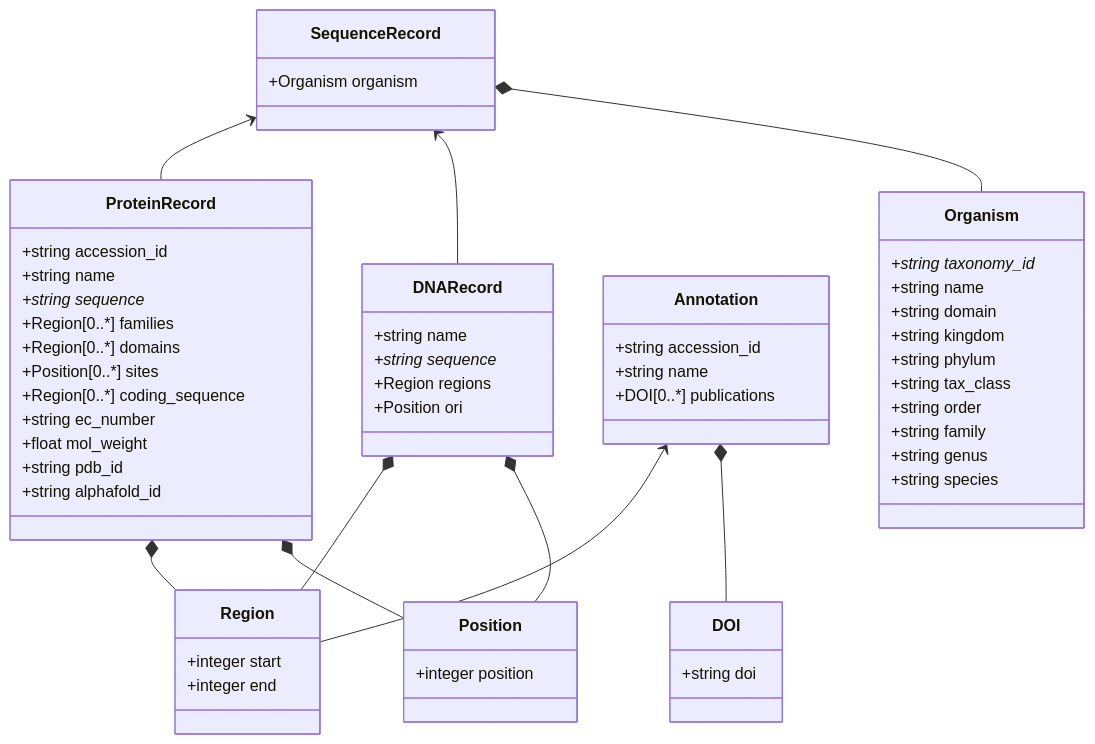
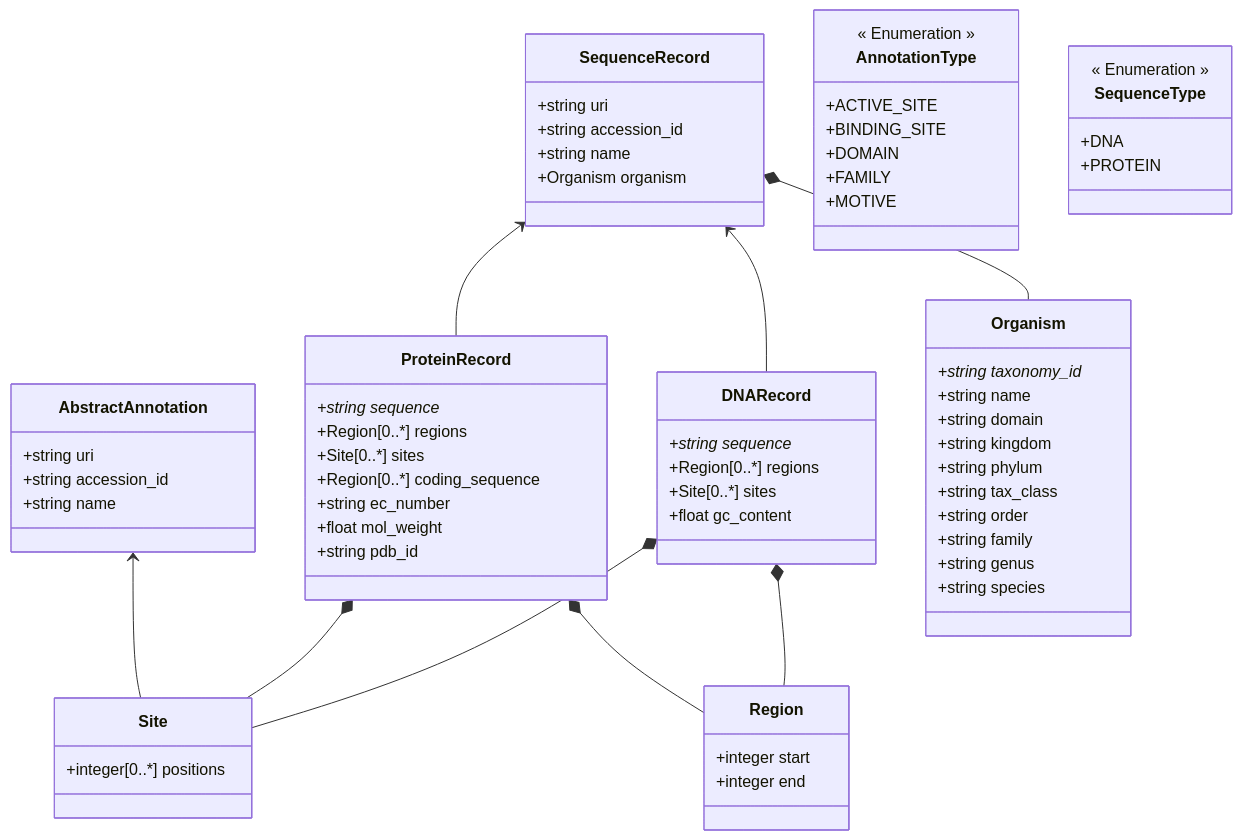
The diagram in pyeed_ontology/schemes/pyeed_ontology_schema.md (PyEED/pyeed), drawn with Mermaid before and after one commit. The commit also changed 18 other files, not shown here.

````diff
--- a/pyeed_ontology/schemes/pyeed_ontology_schema.md
+++ b/pyeed_ontology/schemes/pyeed_ontology_schema.md
@@ -1,70 +1,79 @@
 ```mermaid
 classDiagram
     SequenceRecord <-- ProteinRecord
     SequenceRecord <-- DNARecord
-    Annotation <-- Region
+    AbstractAnnotation <-- Site
     SequenceRecord *-- Organism
+    ProteinRecord *-- Site
     ProteinRecord *-- Region
-    ProteinRecord *-- Position
+    DNARecord *-- Site
     DNARecord *-- Region
-    DNARecord *-- Position
-    Annotation *-- DOI
     
     class SequenceRecord {
+        +string uri
+        +string accession_id
+        +string name
         +Organism organism
     }
     
     class ProteinRecord {
-        +string accession_id
-        +string name
         +string sequence*
-        +Region[0..*] families
-        +Region[0..*] domains
-        +Position[0..*] sites
+        +Region[0..*] regions
+        +Site[0..*] sites
         +Region[0..*] coding_sequence
         +string ec_number
         +float mol_weight
         +string pdb_id
-        +string alphafold_id
     }
     
     class DNARecord {
-        +string name
         +string sequence*
-        +Region regions
-        +Position ori
+        +Region[0..*] regions
+        +Site[0..*] sites
+        +float gc_content
     }
     
-    class Annotation {
+    class AbstractAnnotation {
+        +string uri
         +string accession_id
         +string name
-        +DOI[0..*] publications
     }
     
-    class DOI {
-        +string doi
+    class Site {
+        +integer[0..*] positions
     }
     
     class Region {
         +integer start
         +integer end
-    }
-    
-    class Position {
-        +integer position
     }
     
     class Organism {
         +string taxonomy_id*
         +string name
         +string domain
         +string kingdom
         +string phylum
         +string tax_class
         +string order
         +string family
         +string genus
         +string species
     }
     
+    class AnnotationType {
+        << Enumeration >>
+        +ACTIVE_SITE
+        +BINDING_SITE
+        +DOMAIN
+        +FAMILY
+        +MOTIVE
+    }
+    
+    class SequenceType {
+        << Enumeration >>
+        +DNA
+        +PROTEIN
+    }
+    
 ```
````
